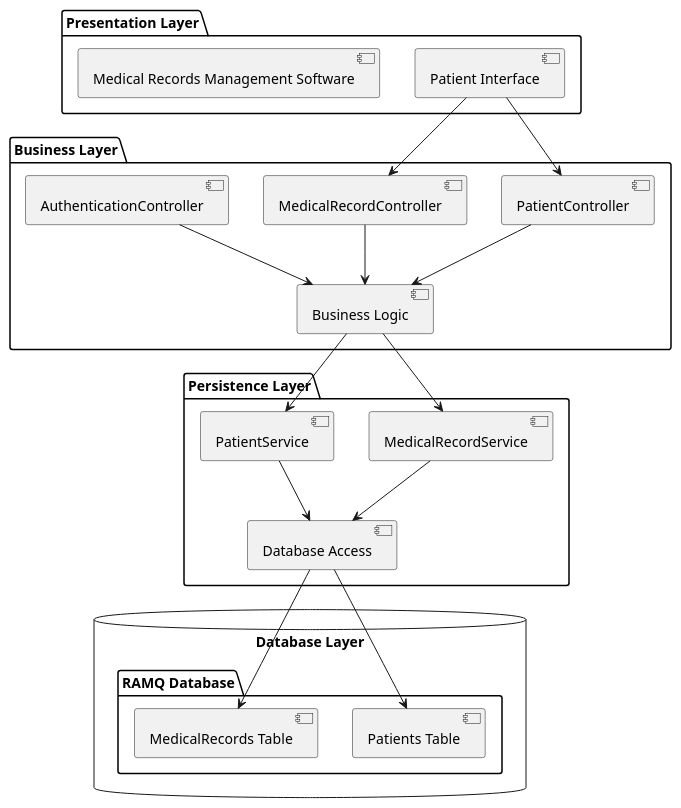
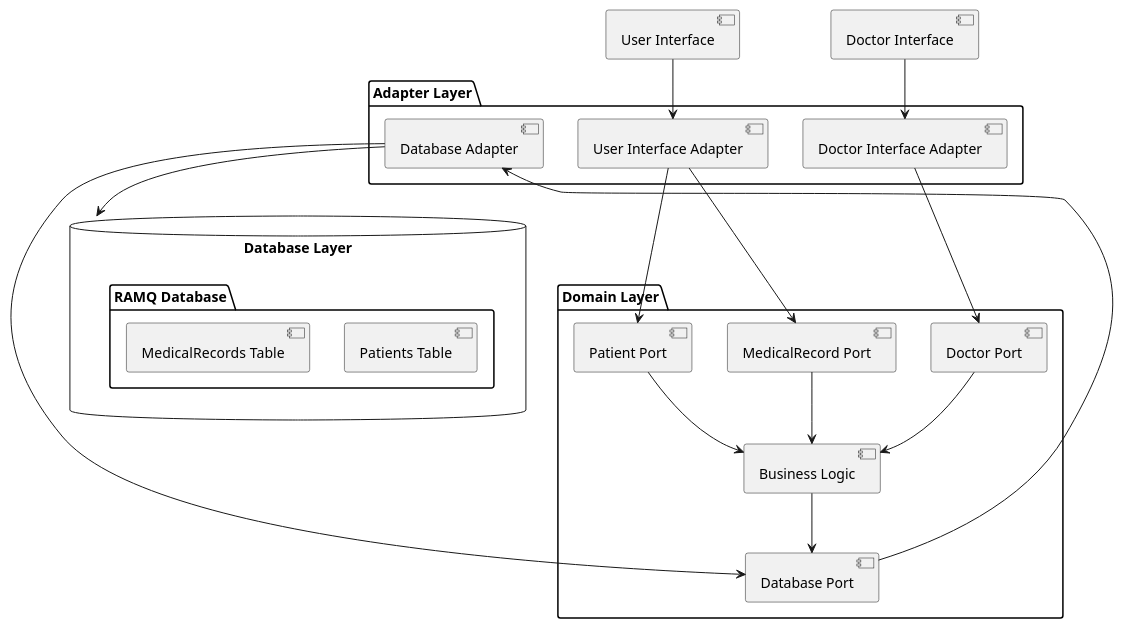
Before and after one commit to KevenJAntenor/Quebec-Centralized-Medical-Record-System: the diagram in system-architecture.puml, drawn with PlantUML.

Commit message:
Use hexagonal architecture for system design

```diff
--- a/system-architecture.puml
+++ b/system-architecture.puml
@@ -1,40 +1,38 @@
 @startuml system-architecture
 
-package "Presentation Layer" {
-    [Patient Interface]
-    [Medical Records Management Software]
+package "Adapter Layer" {
+    [Database Adapter]
+    [User Interface Adapter]
+    [Doctor Interface Adapter]
 }
 
-package "Business Layer" {
-    [PatientController]
-    [MedicalRecordController]
-    [AuthenticationController]
+package "Domain Layer" {
+    [Patient Port]
+    [MedicalRecord Port]
+    [Doctor Port]
+    [Database Port]
     [Business Logic]
 }
 
-package "Persistence Layer" {
-    [MedicalRecordService]
-    [PatientService]
-    [Database Access]
-}
+[User Interface] --> [User Interface Adapter]
+[Doctor Interface] --> [Doctor Interface Adapter]
 
 database "Database Layer" {
     folder "RAMQ Database" {
         [Patients Table]
         [MedicalRecords Table]
     }
 }
 
-[Patient Interface] --> [PatientController]
-[Patient Interface] --> [MedicalRecordController]
-[PatientController] --> [Business Logic]
-[MedicalRecordController] --> [Business Logic]
-[AuthenticationController] --> [Business Logic]
-[Business Logic] --> [MedicalRecordService]
-[Business Logic] --> [PatientService]
-[MedicalRecordService] --> [Database Access]
-[PatientService] --> [Database Access]
-[Database Access] --> [Patients Table]
-[Database Access] --> [MedicalRecords Table]
+[User Interface Adapter] --> [Patient Port]
+[User Interface Adapter] --> [MedicalRecord Port]
+[Doctor Interface Adapter] --> [Doctor Port]
+[Database Adapter] --> [Database Port]
+[Patient Port] --> [Business Logic]
+[MedicalRecord Port] --> [Business Logic]
+[Doctor Port] --> [Business Logic]
+[Business Logic] --> [Database Port]
+[Database Port] --> [Database Adapter]
+[Database Adapter] --> [Database Layer]
 
 @enduml
```
